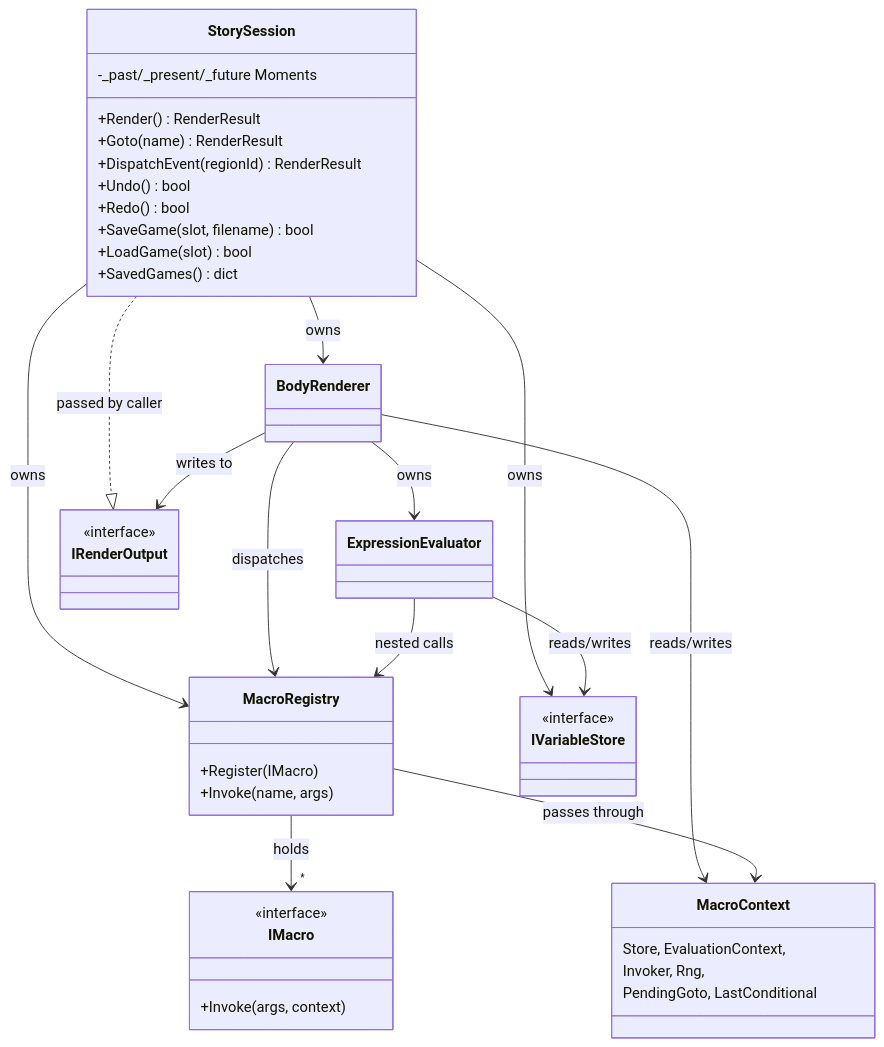
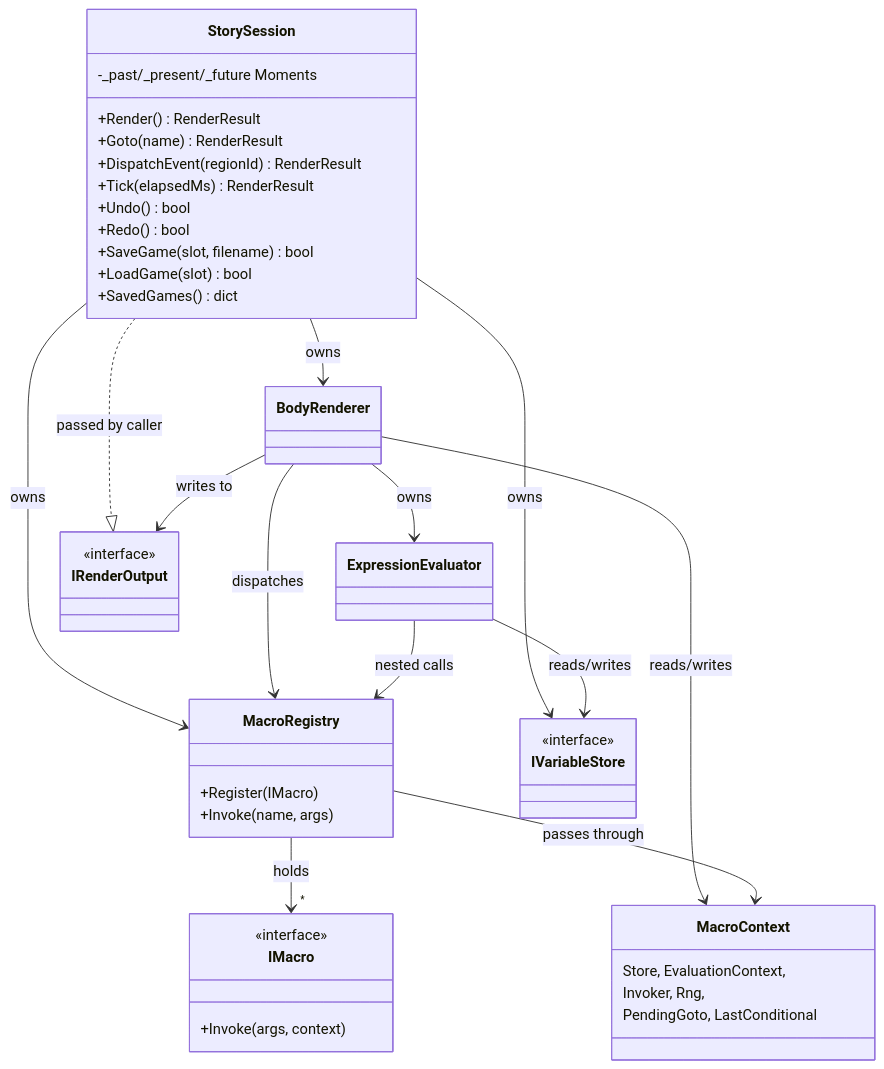
One commit to RaheelYawar/twinelike changed the fourth of 6 diagrams in ARCHITECTURE.md. Above: the diagram before and after it, drawn with Mermaid. The commit also changed other lines of this file and 19 other files, not shown here.

````diff
--- a/ARCHITECTURE.md
+++ b/ARCHITECTURE.md
@@ -260,48 +261,49 @@
 ```mermaid
 classDiagram
   class StorySession {
     +Render() RenderResult
     +Goto(name) RenderResult
     +DispatchEvent(regionId) RenderResult
+    +Tick(elapsedMs) RenderResult
     +Undo() bool
     +Redo() bool
     +SaveGame(slot, filename) bool
     +LoadGame(slot) bool
     +SavedGames() dict
     -_past/_present/_future Moments
   }
   class BodyRenderer
   class ExpressionEvaluator
   class MacroRegistry {
     +Register(IMacro)
     +Invoke(name, args)
   }
   class IRenderOutput {
     <<interface>>
   }
   class IVariableStore {
     <<interface>>
   }
   class MacroContext {
     Store, EvaluationContext,
     Invoker, Rng,
     PendingGoto, LastConditional
   }
   class IMacro {
     <<interface>>
     +Invoke(args, context)
   }
 
   StorySession --> BodyRenderer : owns
   StorySession --> MacroRegistry : owns
   StorySession --> IVariableStore : owns
   StorySession ..|> IRenderOutput : passed by caller
   BodyRenderer --> ExpressionEvaluator : owns
   BodyRenderer --> IRenderOutput : writes to
   BodyRenderer --> MacroRegistry : dispatches
   BodyRenderer --> MacroContext : reads/writes
   ExpressionEvaluator --> IVariableStore : reads/writes
   ExpressionEvaluator --> MacroRegistry : nested calls
   MacroRegistry --> "*" IMacro : holds
   MacroRegistry --> MacroContext : passes through
 ```
````
